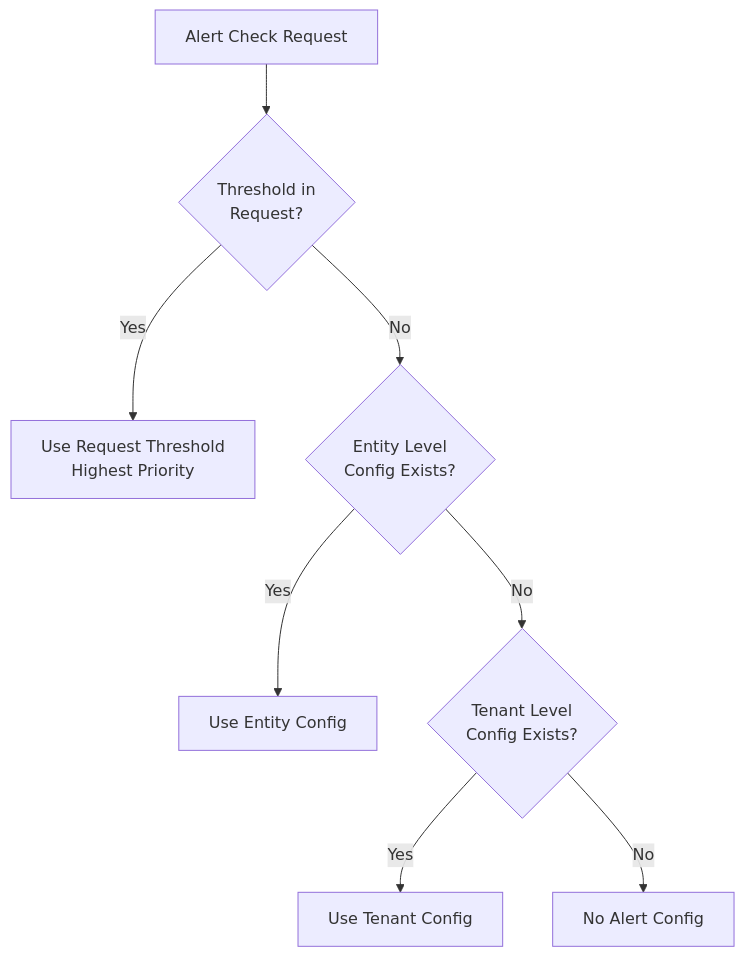
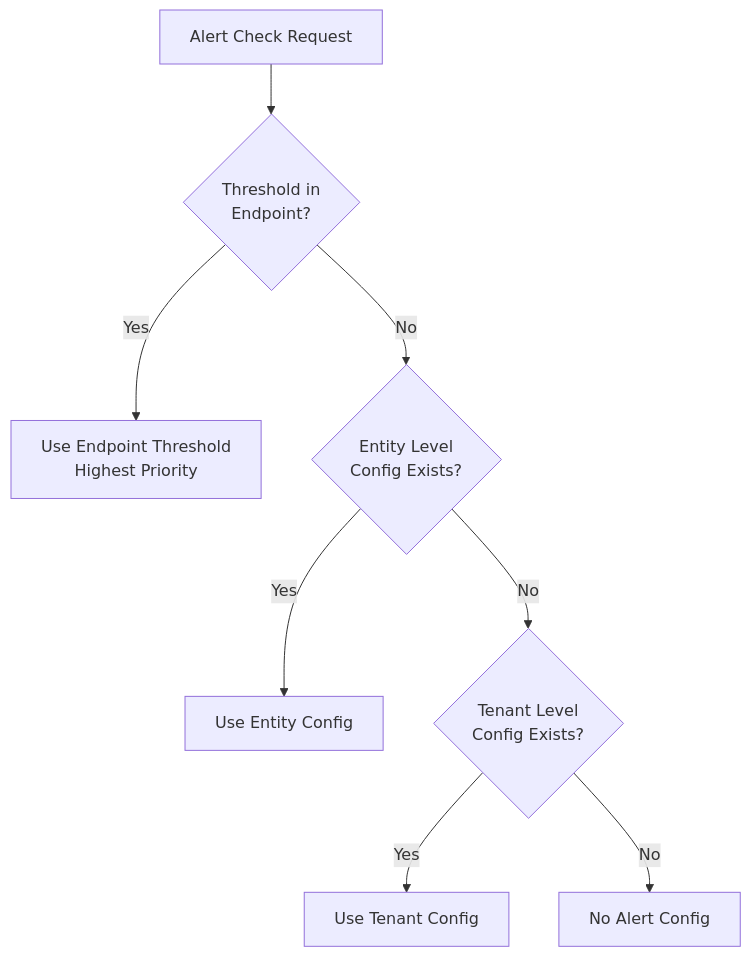
The first of 3 diagrams in docs/prds/alert_engine.md (subratsahilgupta/flexprice), drawn with Mermaid before and after one commit. The commit also changed other lines of this file, not shown here.

Commit message:
docs(prds): add alert engine prd

````diff
--- a/docs/prds/alert_engine.md
+++ b/docs/prds/alert_engine.md
@@ -11,10 +11,10 @@
 ```mermaid
 graph TD
-    A[Alert Check Request] --> B{Threshold in<br/>Request?}
-    B -->|Yes| C[Use Request Threshold<br/>Highest Priority]
+    A[Alert Check Request] --> B{Threshold in<br/>Endpoint?}
+    B -->|Yes| C[Use Endpoint Threshold<br/>Highest Priority]
     B -->|No| D{Entity Level<br/>Config Exists?}
     D -->|Yes| E[Use Entity Config]
     D -->|No| F{Tenant Level<br/>Config Exists?}
     F -->|Yes| G[Use Tenant Config]
     F -->|No| H[No Alert Config]
 ```
````
